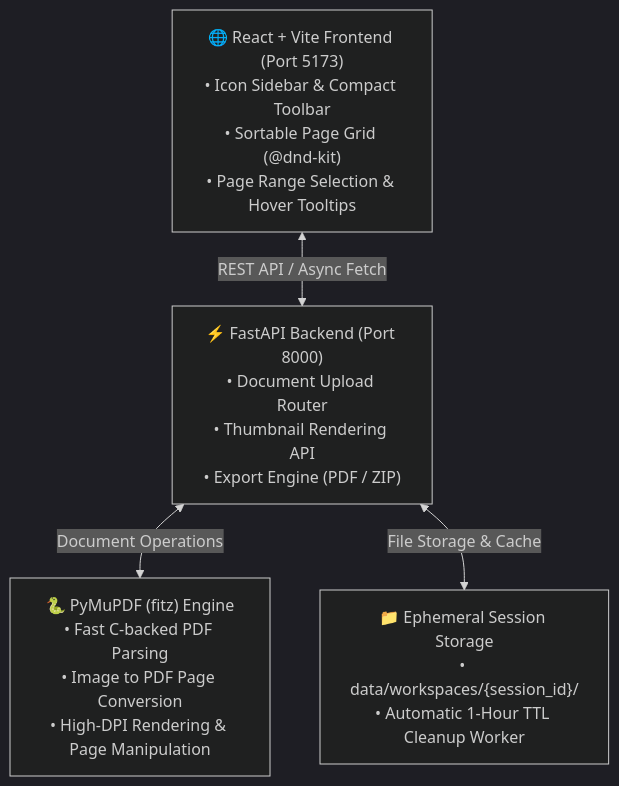
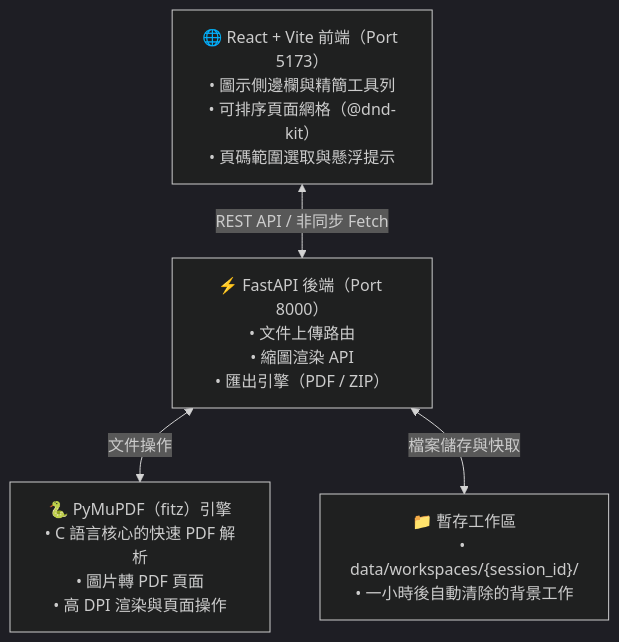
Before and after one commit to rowing195/walmart-ver.-of-iLovePDF: the diagram in README.md, drawn with Mermaid (dark theme). The commit also changed other lines of this file and 1 other file, not shown here.

````diff
--- a/README.md
+++ b/README.md
@@ -74,14 +76,14 @@
 ```mermaid
 graph TD
-    Client["🌐 React + Vite Frontend (Port 5173)<br/>• Icon Sidebar & Compact Toolbar<br/>• Sortable Page Grid (@dnd-kit)<br/>• Page Range Selection & Hover Tooltips"]
+    Client["🌐 React + Vite 前端（Port 5173）<br/>• 圖示側邊欄與精簡工具列<br/>• 可排序頁面網格（@dnd-kit）<br/>• 頁碼範圍選取與懸浮提示"]
 
-    API["⚡ FastAPI Backend (Port 8000)<br/>• Document Upload Router<br/>• Thumbnail Rendering API<br/>• Export Engine (PDF / ZIP)"]
+    API["⚡ FastAPI 後端（Port 8000）<br/>• 文件上傳路由<br/>• 縮圖渲染 API<br/>• 匯出引擎（PDF / ZIP）"]
 
-    Engine["🐍 PyMuPDF (fitz) Engine<br/>• Fast C-backed PDF Parsing<br/>• Image to PDF Page Conversion<br/>• High-DPI Rendering & Page Manipulation"]
+    Engine["🐍 PyMuPDF（fitz）引擎<br/>• C 語言核心的快速 PDF 解析<br/>• 圖片轉 PDF 頁面<br/>• 高 DPI 渲染與頁面操作"]
 
-    Storage["📁 Ephemeral Session Storage<br/>• data/workspaces/{session_id}/<br/>• Automatic 1-Hour TTL Cleanup Worker"]
+    Storage["📁 暫存工作區<br/>• data/workspaces/{session_id}/<br/>• 一小時後自動清除的背景工作"]
 
-    Client <-->|REST API / Async Fetch| API
-    API <-->|Document Operations| Engine
-    API <-->|File Storage & Cache| Storage
+    Client <-->|REST API / 非同步 Fetch| API
+    API <-->|文件操作| Engine
+    API <-->|檔案儲存與快取| Storage
 ```
````
